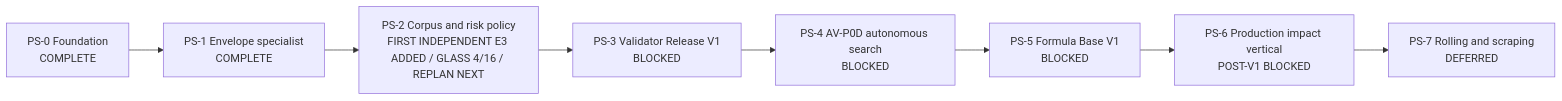
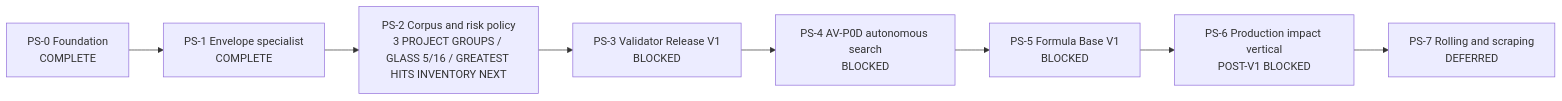
One commit to kaifaty/NextEngine changed the diagram in docs/plans/physical-sound-synthesis-roadmap.md. Above: the diagram before and after it, drawn with Mermaid. The commit also changed other lines of this file and 18 other files, not shown here.

````diff
--- a/docs/plans/physical-sound-synthesis-roadmap.md
+++ b/docs/plans/physical-sound-synthesis-roadmap.md
@@ -94,10 +94,10 @@
 ```mermaid
 flowchart LR
     PS0["PS-0 Foundation<br/>COMPLETE"] --> PS1["PS-1 Envelope specialist<br/>COMPLETE"]
-    PS1 --> PS2["PS-2 Corpus and risk policy<br/>FIRST INDEPENDENT E3 ADDED / GLASS 4/16 / REPLAN NEXT"]
+    PS1 --> PS2["PS-2 Corpus and risk policy<br/>3 PROJECT GROUPS / GLASS 5/16 / GREATEST HITS INVENTORY NEXT"]
     PS2 --> PS3["PS-3 Validator Release V1<br/>BLOCKED"]
     PS3 --> PS4["PS-4 AV-P0D autonomous search<br/>BLOCKED"]
     PS4 --> PS5["PS-5 Formula Base V1<br/>BLOCKED"]
     PS5 --> PS6["PS-6 Production impact vertical<br/>POST-V1 BLOCKED"]
     PS6 --> PS7["PS-7 Rolling and scraping<br/>DEFERRED"]
 ```
````
